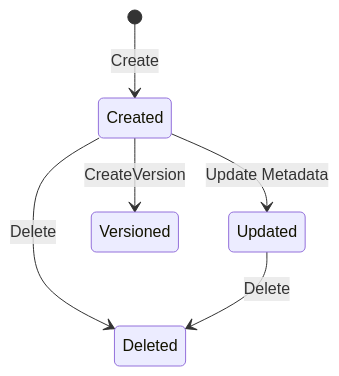
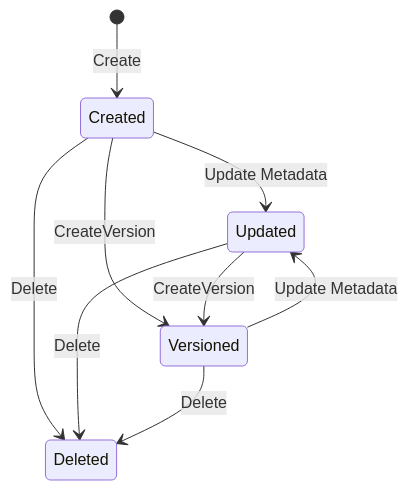
Before and after one commit to AtomiCloud/sulfone.zinc: the second of 2 diagrams in docs/developer/concepts/03-registry.md, drawn with Mermaid. The commit also changed other lines of this file and 31 other files, not shown here.

````diff
--- a/docs/developer/concepts/03-registry.md
+++ b/docs/developer/concepts/03-registry.md
@@ -75,8 +80,11 @@
 ```mermaid
 stateDiagram-v2
     [*] --> Created: Create
     Created --> Updated: Update Metadata
     Created --> Deleted: Delete
     Updated --> Deleted: Delete
     Created --> Versioned: CreateVersion
+    Updated --> Versioned: CreateVersion
+    Versioned --> Updated: Update Metadata
+    Versioned --> Deleted: Delete
 ```
````
